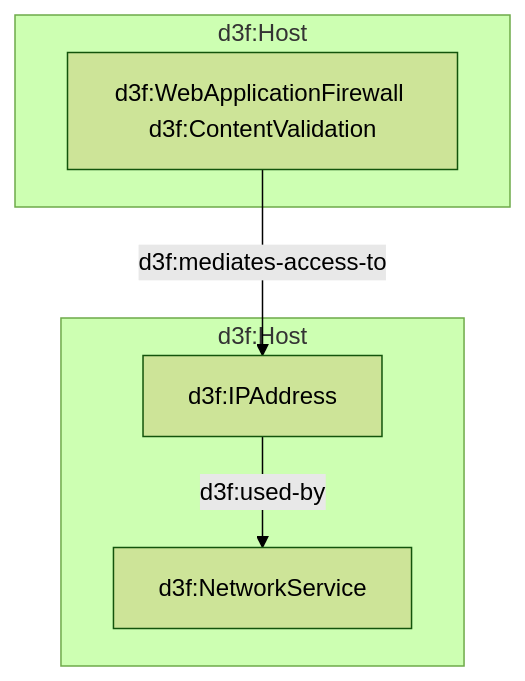
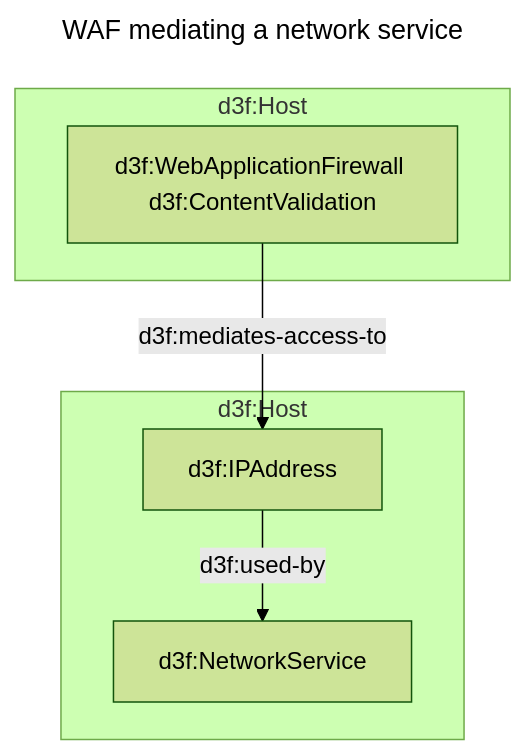
Before and after one commit to ioggstream/d3sign: the third of 3 diagrams in app/src/data/examples/001-layers.md, drawn with Mermaid (forest theme). The commit also changed other lines of this file and 8 other files, not shown here.

Commit message:
Fix: #6. Diagram titles.

````diff
--- a/app/src/data/examples/001-layers.md
+++ b/app/src/data/examples/001-layers.md
@@ -43,19 +45,20 @@
 ```mermaid
 ---
 id: process
+title: WAF mediating a network service
 ---
 graph
 
 subgraph h1[d3f:Host]
     p1[d3f:WebApplicationFirewall d3f:ContentValidation]
 end
 
 subgraph h2[d3f:Host]
     p2[d3f:NetworkService]
     port[d3f:IPAddress]
     port-->|d3f:used-by| p2
 end
 
 p1 -->|d3f:mediates-access-to| port
 
 ```
````
